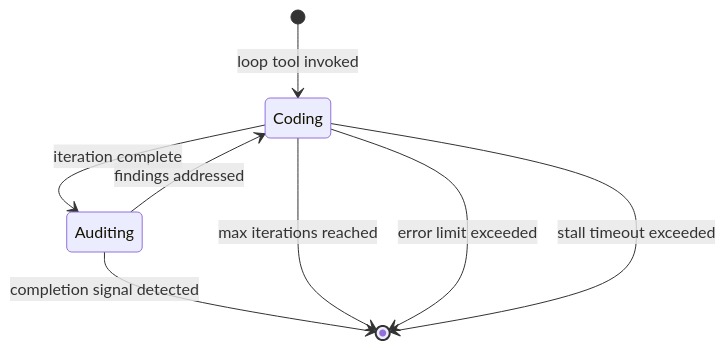
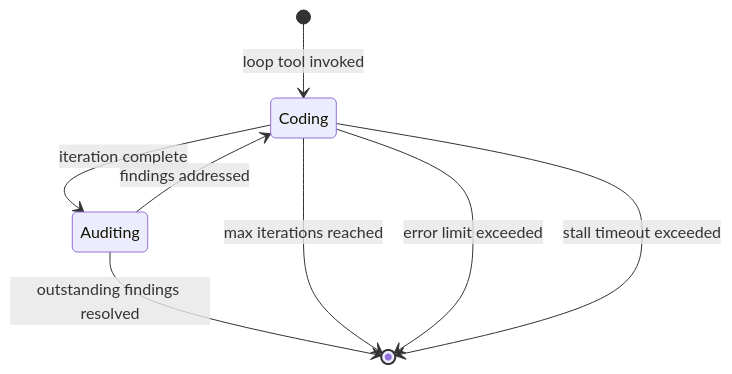
One commit to chriswritescode-dev/opencode-forge changed the first of 2 diagrams in docs/loop-system.md. Above: the diagram before and after it, drawn with Mermaid. The commit also changed other lines of this file and 30 other files, not shown here.

First line of the commit message:
refactor(loop): remove dead completion-signal mechanism

````diff
--- a/docs/loop-system.md
+++ b/docs/loop-system.md
@@ -7,10 +7,10 @@
 ```mermaid
 stateDiagram-v2
     [*] --> Coding: loop tool invoked
     Coding --> Auditing: iteration complete
     Auditing --> Coding: findings addressed
-    Auditing --> [*]: completion signal detected
+    Auditing --> [*]: outstanding findings resolved
     Coding --> [*]: max iterations reached
     Coding --> [*]: error limit exceeded
     Coding --> [*]: stall timeout exceeded
 ```
````
